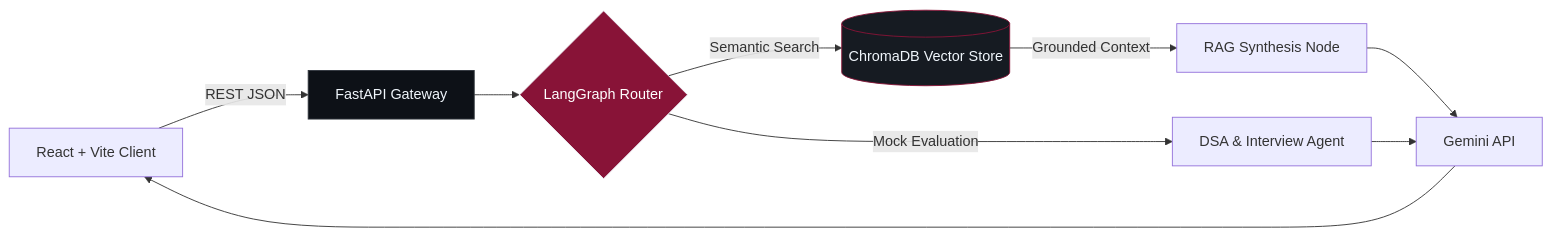
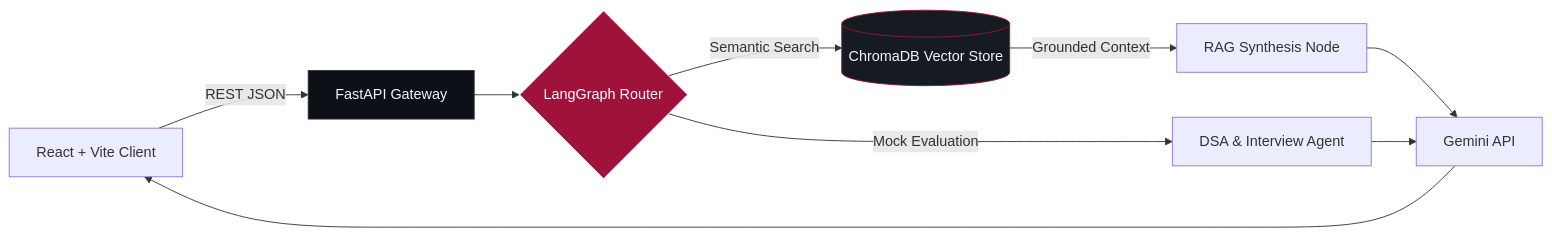
One commit to harsh24239/harsh24239 changed the diagram in README.md. Above: the diagram before and after it, drawn with Mermaid. The commit also changed other lines of this file, not shown here.

````diff
--- a/README.md
+++ b/README.md
@@ -106,14 +91,14 @@
 ```mermaid
 flowchart LR
     UI["React + Vite Client"] -->|REST JSON| API["FastAPI Gateway"]
     API --> SUP{"LangGraph Router"}
     SUP -->|Semantic Search| VDB[("ChromaDB Vector Store")]
     VDB -->|Grounded Context| RAG["RAG Synthesis Node"]
     SUP -->|Mock Evaluation| INT["DSA & Interview Agent"]
     RAG --> LLM["Gemini API"]
     INT --> LLM
     LLM --> UI
-    style SUP fill:#881337,stroke:#F0F6FC,color:#FFFFFF
+    style SUP fill:#9F1239,stroke:#F0F6FC,color:#FFFFFF
     style API fill:#0D1117,stroke:#30363D,color:#F0F6FC
-    style VDB fill:#161B22,stroke:#881337,color:#F0F6FC
+    style VDB fill:#161B22,stroke:#9F1239,color:#F0F6FC
 ```
````
